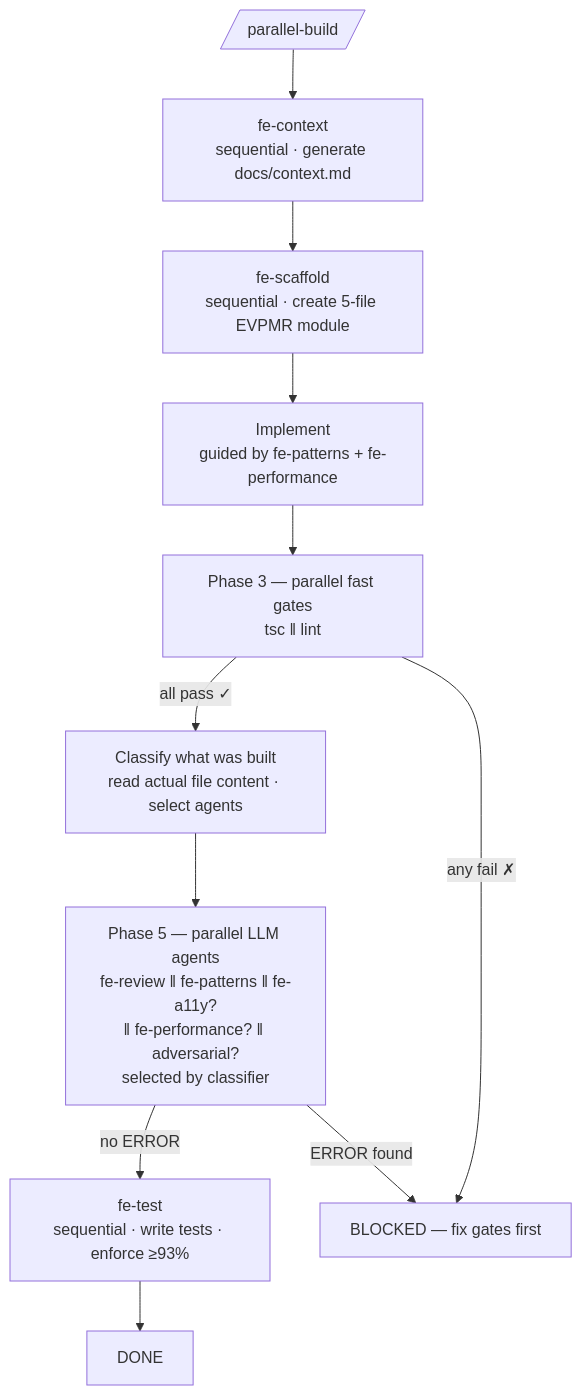
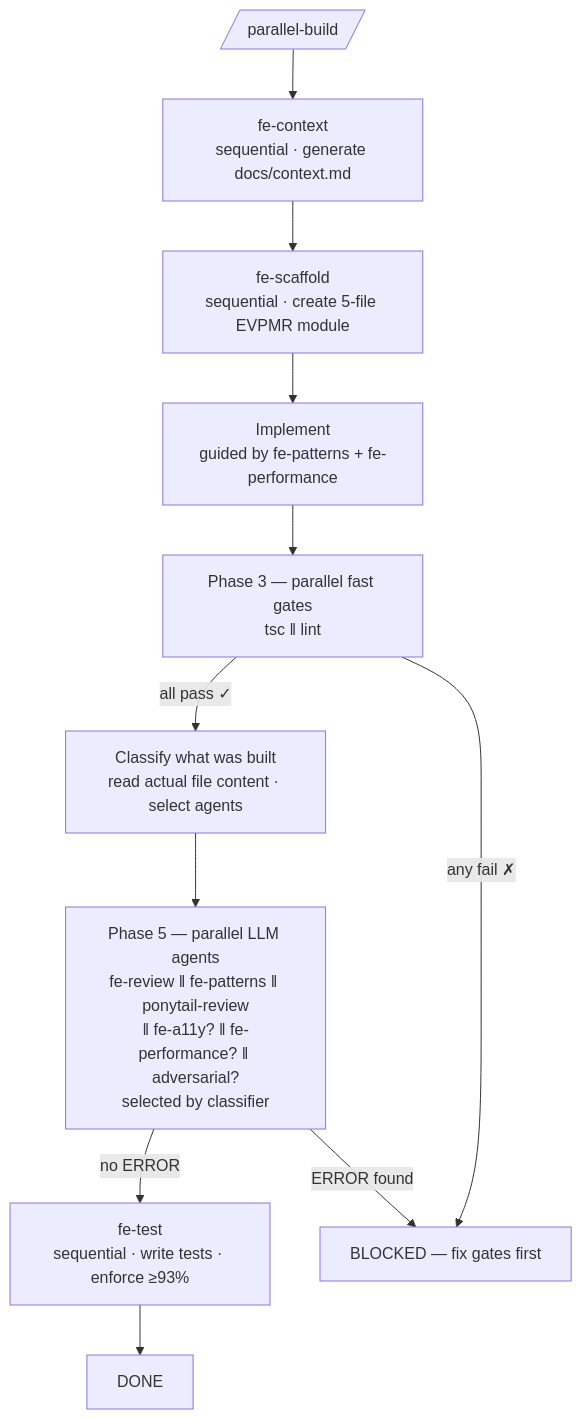
The fourth of 10 diagrams in README.md (raditia/CraftKit), drawn with Mermaid before and after one commit. The commit also changed other lines of this file and 20 other files, not shown here.

First line of the commit message:
feat(agents): ponytail-review auto over-engineering guard + cheapest reconcile (v1.16.0)

````diff
--- a/README.md
+++ b/README.md
@@ -255,13 +243,13 @@
 ```mermaid
 flowchart TD
     A[/parallel-build/] --> B["fe-context\nsequential · generate docs/context.md"]
     B --> C["fe-scaffold\nsequential · create 5-file EVPMR module"]
     C --> D["Implement\nguided by fe-patterns + fe-performance"]
     D --> E["Phase 3 — parallel fast gates\ntsc ‖ lint"]
     E -->|all pass ✓| F["Classify what was built\nread actual file content · select agents"]
-    F --> G["Phase 5 — parallel LLM agents\nfe-review ‖ fe-patterns ‖ fe-a11y?\n‖ fe-performance? ‖ adversarial?\nselected by classifier"]
+    F --> G["Phase 5 — parallel LLM agents\nfe-review ‖ fe-patterns ‖ ponytail-review\n‖ fe-a11y? ‖ fe-performance? ‖ adversarial?\nselected by classifier"]
     G -->|no ERROR| H["fe-test\nsequential · write tests · enforce ≥93%"]
     H --> I[DONE]
     E -->|any fail ✗| J[BLOCKED — fix gates first]
     G -->|ERROR found| J
 ```
````
